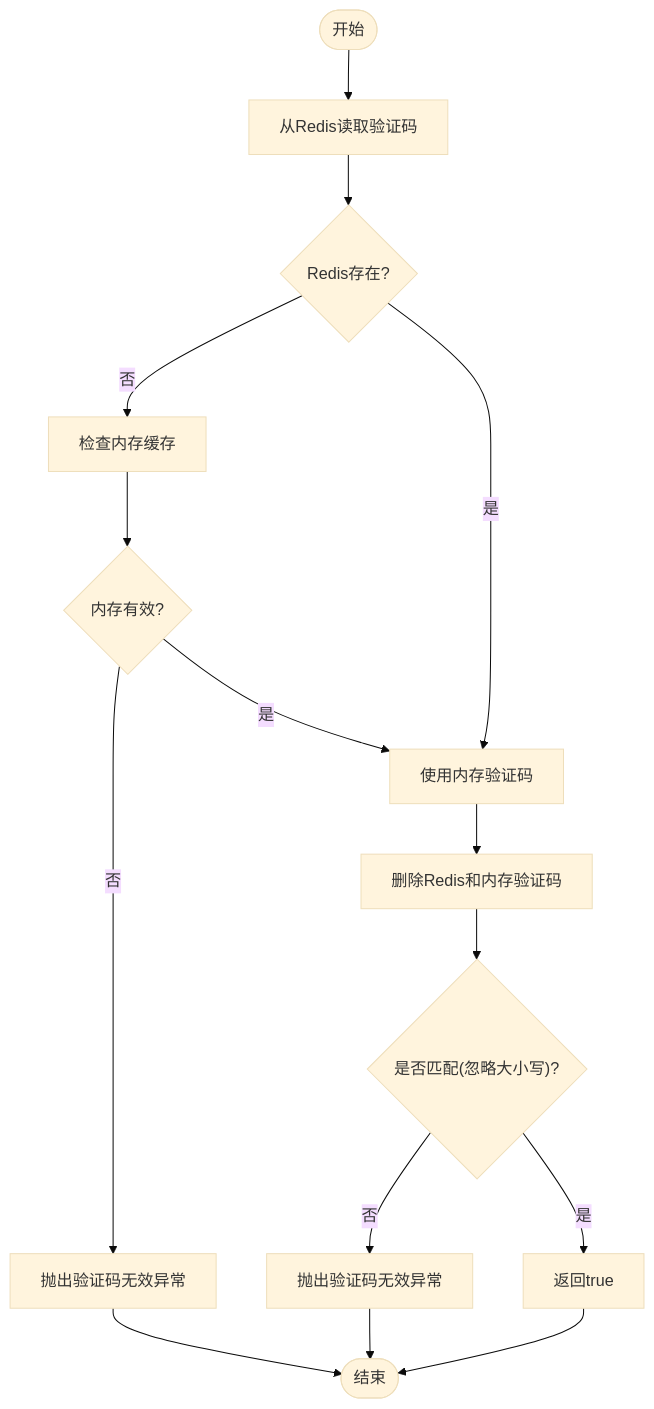
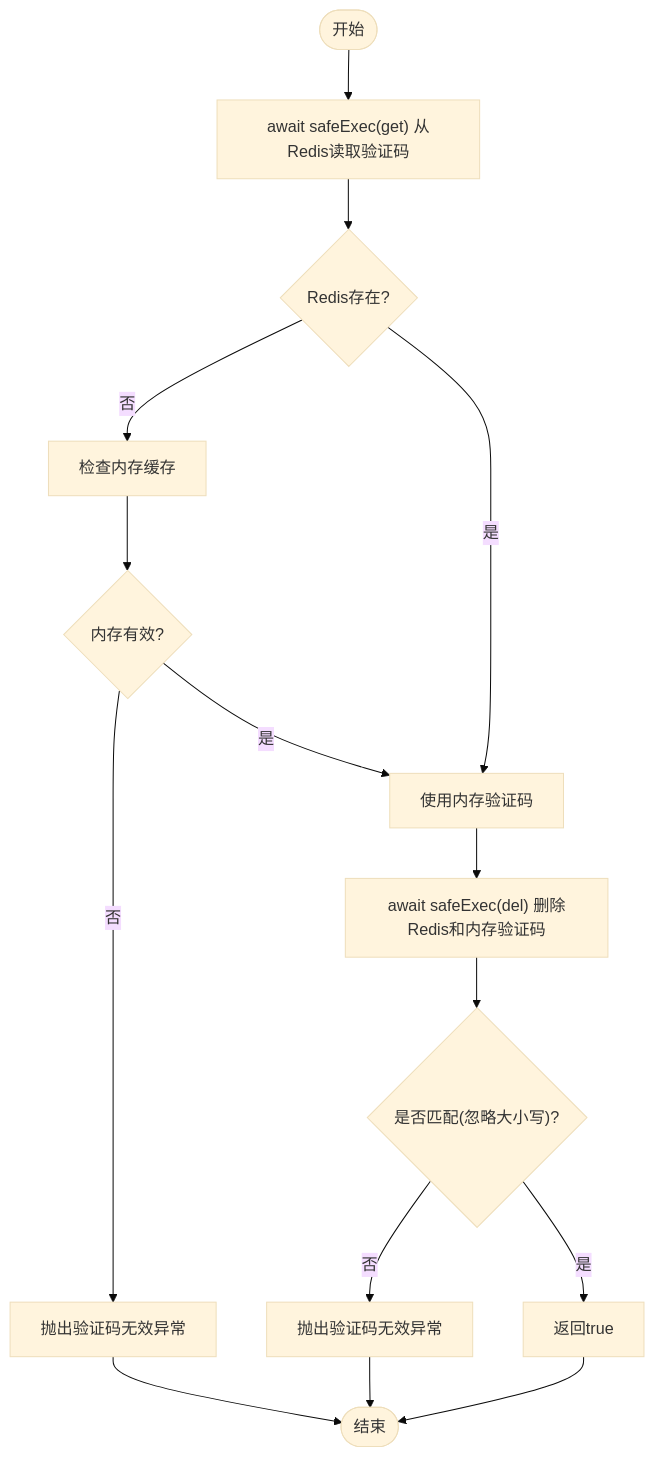
Before and after one commit to translateServers/nodes-stack: the fifth of 8 diagrams in .qoder/repowiki/zh/content/后端系统/认证授权系统/验证码系统.md, drawn with Mermaid (base theme). The commit also changed other lines of this file and 5 other files, not shown here.

````diff
--- a/.qoder/repowiki/zh/content/后端系统/认证授权系统/验证码系统.md
+++ b/.qoder/repowiki/zh/content/后端系统/认证授权系统/验证码系统.md
@@ -219,17 +222,17 @@
 ```mermaid
 flowchart TD
-VStart(["开始"]) --> Load["从Redis读取验证码"]
+VStart(["开始"]) --> Load["await safeExec(get) 从Redis读取验证码"]
 Load --> RedisExists{"Redis存在?"}
 RedisExists -- 否 --> MemCheck["检查内存缓存"]
 MemCheck --> MemValid{"内存有效?"}
 MemValid -- 否 --> Throw["抛出验证码无效异常"]
 MemValid -- 是 --> VerifiedCode["使用内存验证码"]
 RedisExists -- 是 --> VerifiedCode
-VerifiedCode --> Delete["删除Redis和内存验证码"]
+VerifiedCode --> Delete["await safeExec(del) 删除Redis和内存验证码"]
 Delete --> Compare{"是否匹配(忽略大小写)?"}
 Compare -- 否 --> Throw2["抛出验证码无效异常"]
 Compare -- 是 --> OK["返回true"]
 Throw --> VEnd(["结束"])
 Throw2 --> VEnd
 OK --> VEnd
 ```
````
